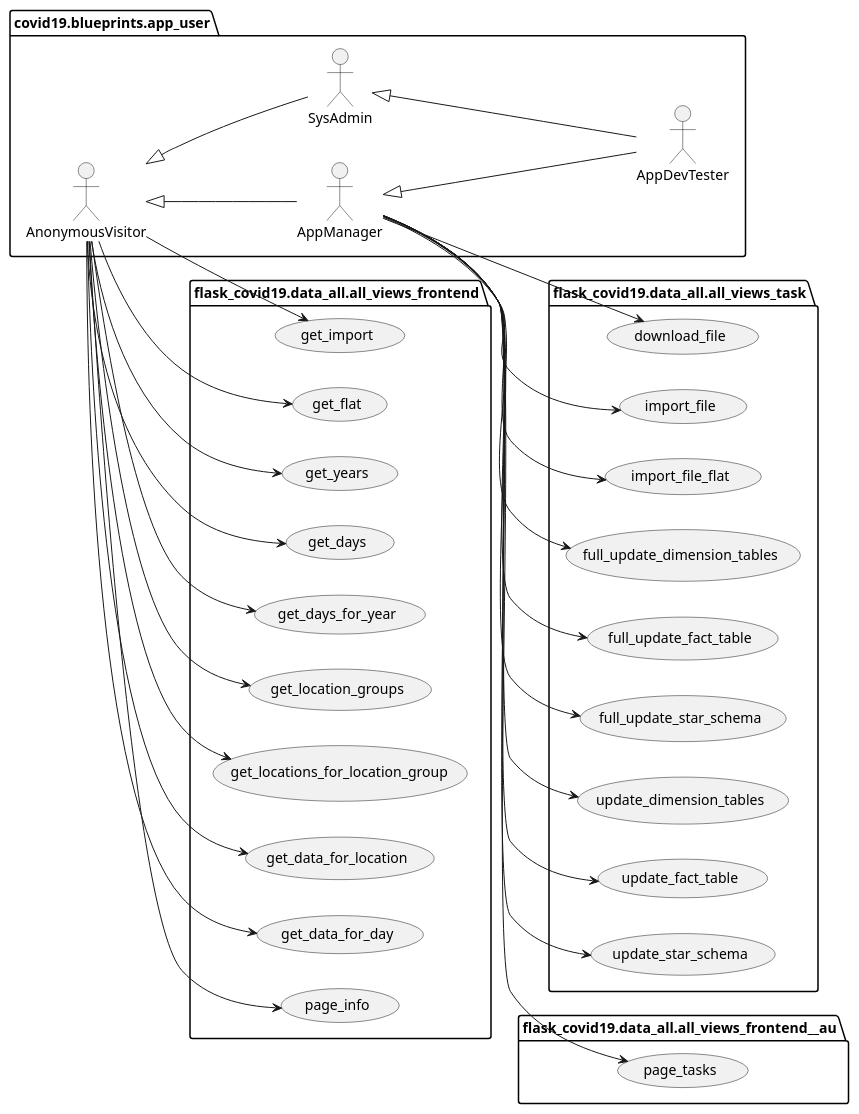
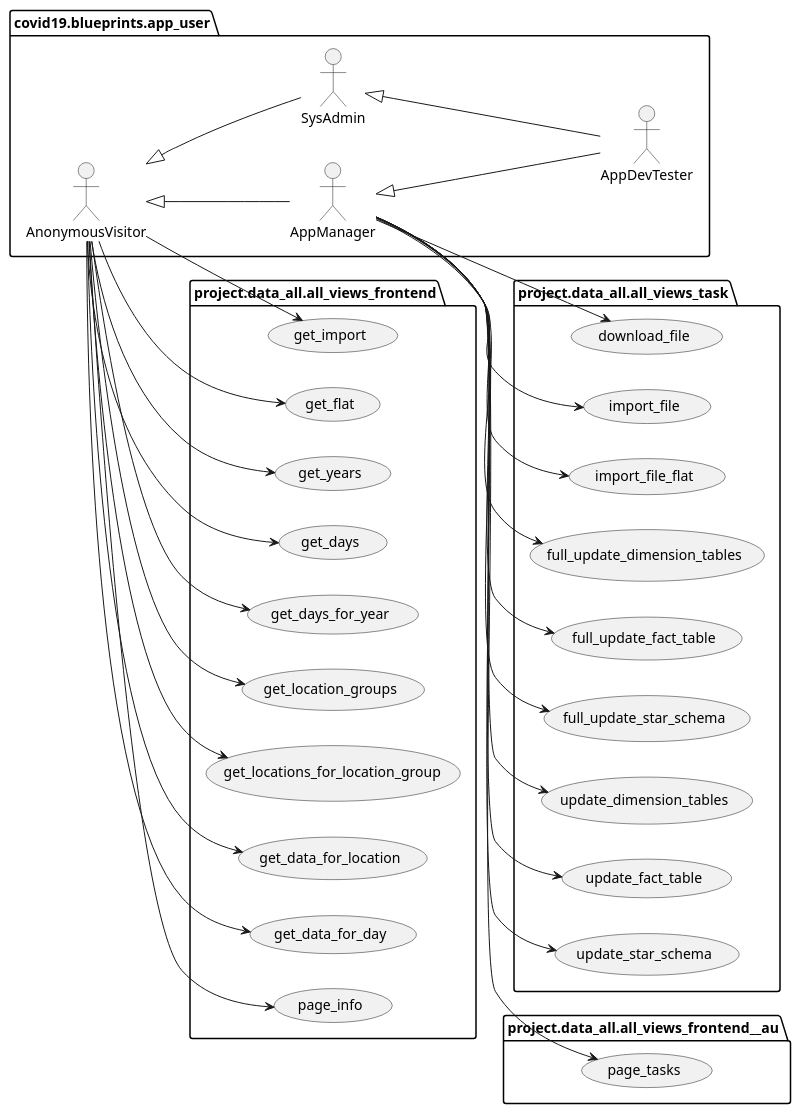
The diagram in docs/uml/data_all/all_use_cases.puml (thomaswoehlke/flask_covid19), drawn with PlantUML before and after one commit. The commit also changed 39 other files, not shown here.

```diff
--- a/docs/uml/data_all/all_use_cases.puml
+++ b/docs/uml/data_all/all_use_cases.puml
@@ -1,72 +1,72 @@
 @startuml
 
 left to right direction
 
 package covid19.blueprints.app_user {
 	actor AnonymousVisitor as vu
 	actor AppManager as au
 	actor SysAdmin as su
 	actor AppDevTester as du
 }
 
 package covid19.blueprints.app_user {
 	vu <|-- au
 	vu <|-- su
 	su <|-- du
 	au <|-- du
 }
 
-package flask_covid19.data_all.all_views_task {
+package project.data_all.all_views_task {
 	usecase download_file as UC1
 	usecase import_file as UC2
 	usecase import_file_flat as UC3
 	usecase full_update_dimension_tables as UC10
 	usecase full_update_fact_table as UC11
 	usecase full_update_star_schema as UC12
 	usecase update_dimension_tables as UC20
 	usecase update_fact_table as UC21
 	usecase update_star_schema as UC22
 }
 
 au --> UC1
 au --> UC2
 au --> UC3
 au --> UC10
 au --> UC11
 au --> UC12
 au --> UC20
 au --> UC21
 au --> UC22
 
-package flask_covid19.data_all.all_views_frontend {
+package project.data_all.all_views_frontend {
 	usecase get_import as UC30
 	usecase get_flat as UC31
 	usecase get_years as UC40
 	usecase get_days as UC41
 	usecase get_days_for_year as UC42
 	usecase get_location_groups as UC43
 	usecase get_locations_for_location_group as UC44
 	usecase get_data_for_location as UC45
 	usecase get_data_for_day as UC46
     usecase page_info as UC80
 }
 
 vu --> UC30
 vu --> UC31
 vu --> UC40
 vu --> UC41
 vu --> UC42
 vu --> UC43
 vu --> UC44
 vu --> UC45
 vu --> UC46
 
 vu --> UC80
 
-package flask_covid19.data_all.all_views_frontend__au {
+package project.data_all.all_views_frontend__au {
     usecase page_tasks as UC81
 }
 
 au --> UC81
 
 @enduml
```
